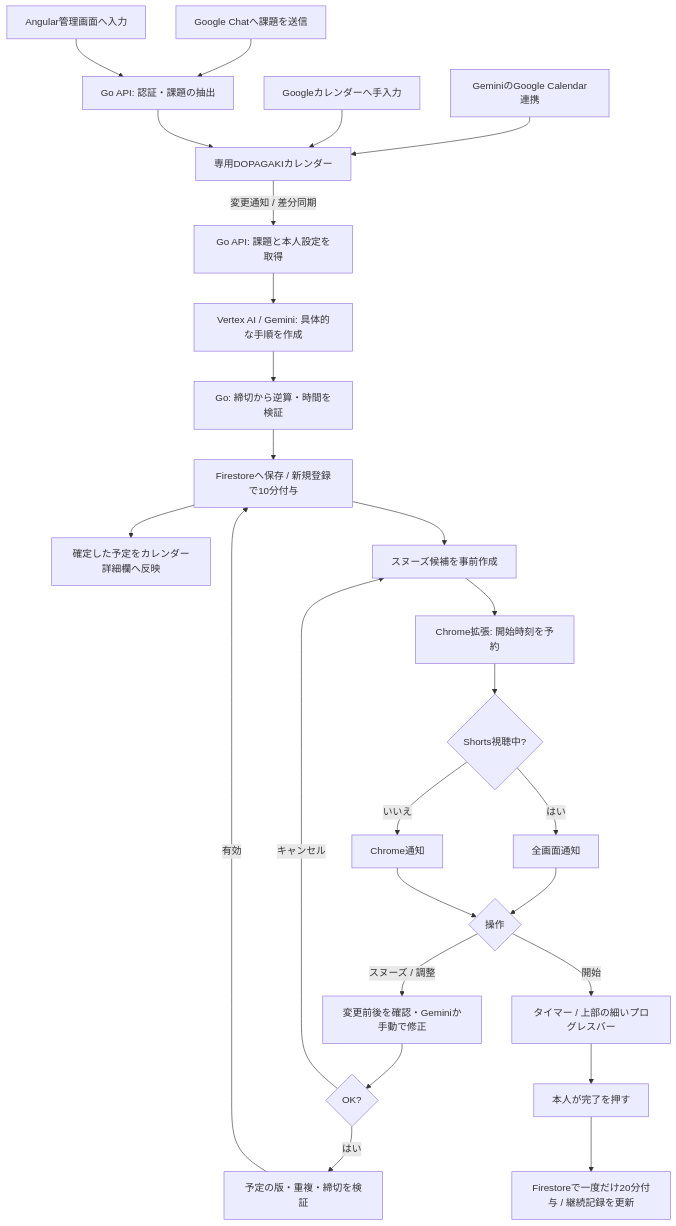
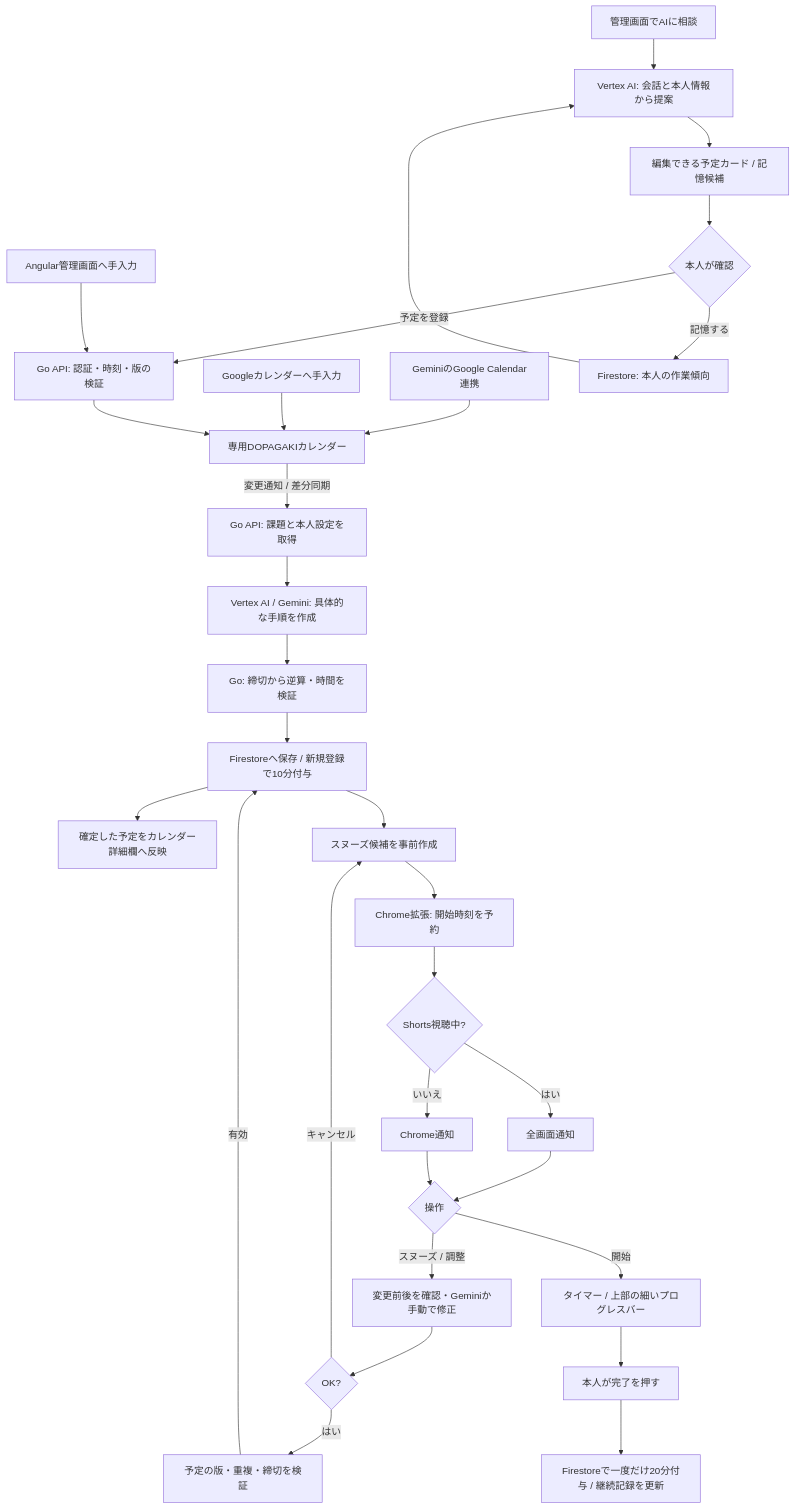
The diagram in README.md (Devfest-Hackathon-2026/df-2026-t057), drawn with Mermaid before and after one commit. The commit also changed other lines of this file and 34 other files, not shown here.

````diff
--- a/README.md
+++ b/README.md
@@ -60,28 +60,33 @@
 ```mermaid
 flowchart TD
   G[GeminiのGoogle Calendar連携] --> C[専用DOPAGAKIカレンダー]
   M[Googleカレンダーへ手入力] --> C
-  H[Google Chatへ課題を送信] --> A[Go API: 認証・課題の抽出]
-  W[Angular管理画面へ入力] --> A
+  H[管理画面でAIに相談] --> VAI[Vertex AI: 会話と本人情報から提案]
+  VAI --> Card[編集できる予定カード / 記憶候補]
+  Card --> Confirm{本人が確認}
+  Confirm -->|予定を登録| A[Go API: 認証・時刻・版の検証]
+  Confirm -->|記憶する| Memory[Firestore: 本人の作業傾向]
+  Memory --> VAI
+  W[Angular管理画面へ手入力] --> A
   A --> C
   C -->|変更通知 / 差分同期| S[Go API: 課題と本人設定を取得]
   S --> P[Vertex AI / Gemini: 具体的な手順を作成]
   P --> B[Go: 締切から逆算・時間を検証]
   B --> F[Firestoreへ保存 / 新規登録で10分付与]
   F --> D[確定した予定をカレンダー詳細欄へ反映]
   F --> R[スヌーズ候補を事前作成]
   R --> E[Chrome拡張: 開始時刻を予約]
   E --> N{Shorts視聴中?}
   N -->|はい| O[全画面通知]
   N -->|いいえ| T[Chrome通知]
   O --> X{操作}
   T --> X
   X -->|スヌーズ / 調整| V[変更前後を確認・Geminiか手動で修正]
   V --> K{OK?}
   K -->|はい| Q[予定の版・重複・締切を検証]
   Q -->|有効| F
   K -->|キャンセル| R
   X -->|開始| I[タイマー / 上部の細いプログレスバー]
   I --> J[本人が完了を押す]
   J --> L[Firestoreで一度だけ20分付与 / 継続記録を更新]
 ```
````
